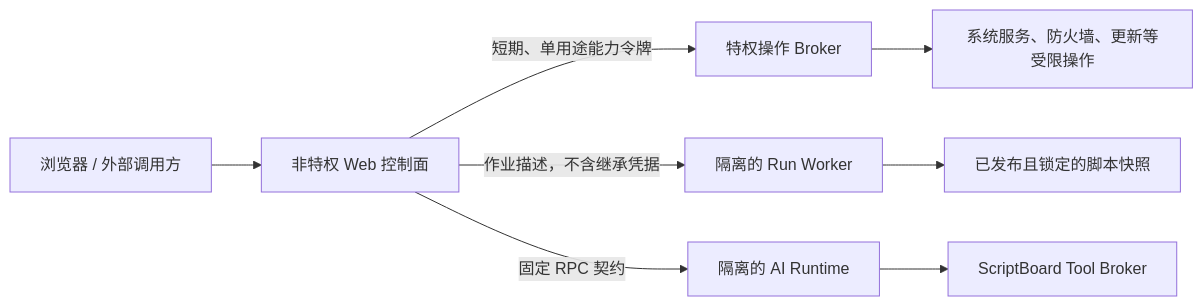
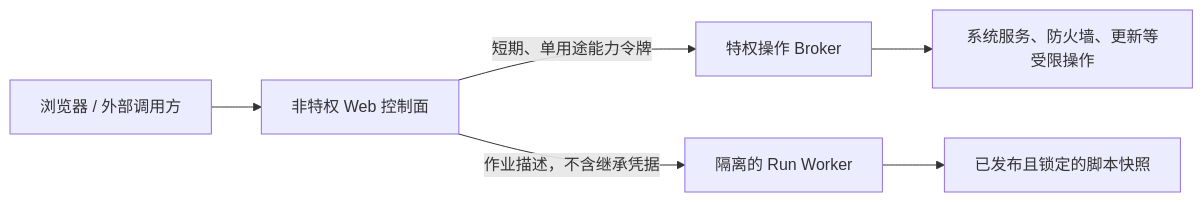
Before and after one commit to backinfile/ScriptBoard: the diagram in docs/OPERATIONS-PANEL-SECURITY-HARDENING-PLAN.md, drawn with Mermaid. The commit also changed other lines of this file and 55 other files, not shown here.

````diff
--- a/docs/OPERATIONS-PANEL-SECURITY-HARDENING-PLAN.md
+++ b/docs/OPERATIONS-PANEL-SECURITY-HARDENING-PLAN.md
@@ -92,10 +84,8 @@
 ```mermaid
 flowchart LR
     B["浏览器 / 外部调用方"] --> W["非特权 Web 控制面"]
     W -->|"短期、单用途能力令牌"| K["特权操作 Broker"]
     W -->|"作业描述，不含继承凭据"| R["隔离的 Run Worker"]
-    W -->|"固定 RPC 契约"| A["隔离的 AI Runtime"]
     K --> O["系统服务、防火墙、更新等受限操作"]
     R --> S["已发布且锁定的脚本快照"]
-    A --> T["ScriptBoard Tool Broker"]
 ```
````
